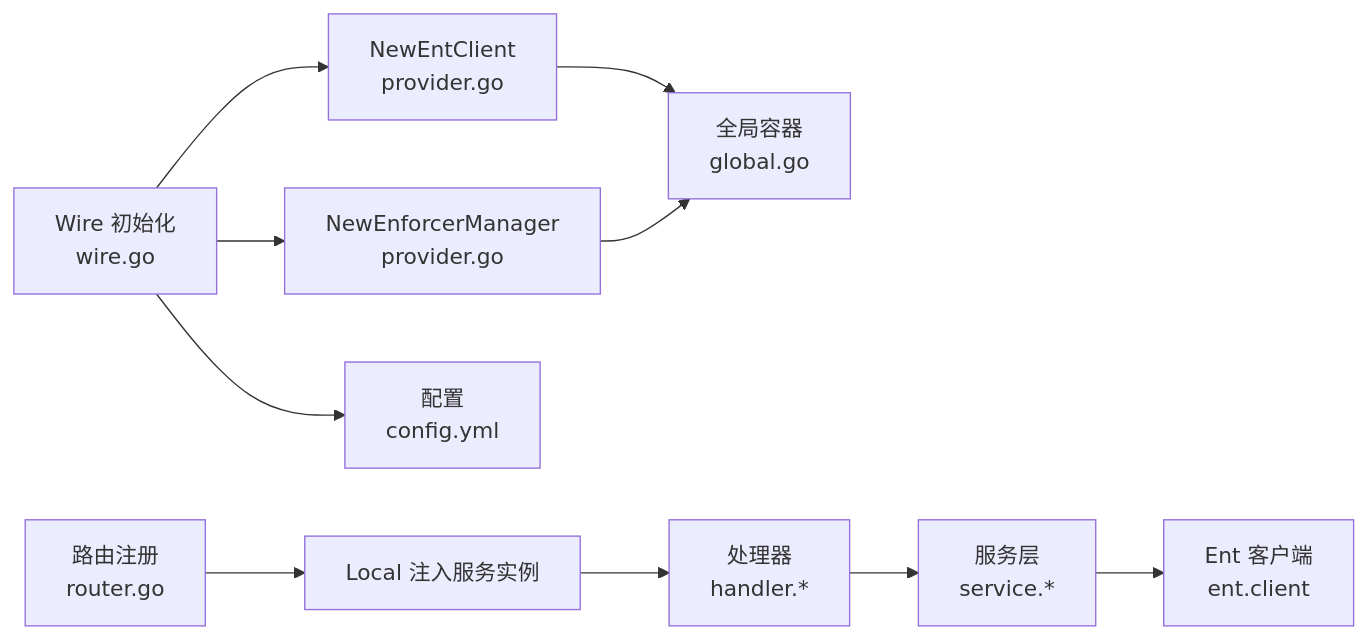
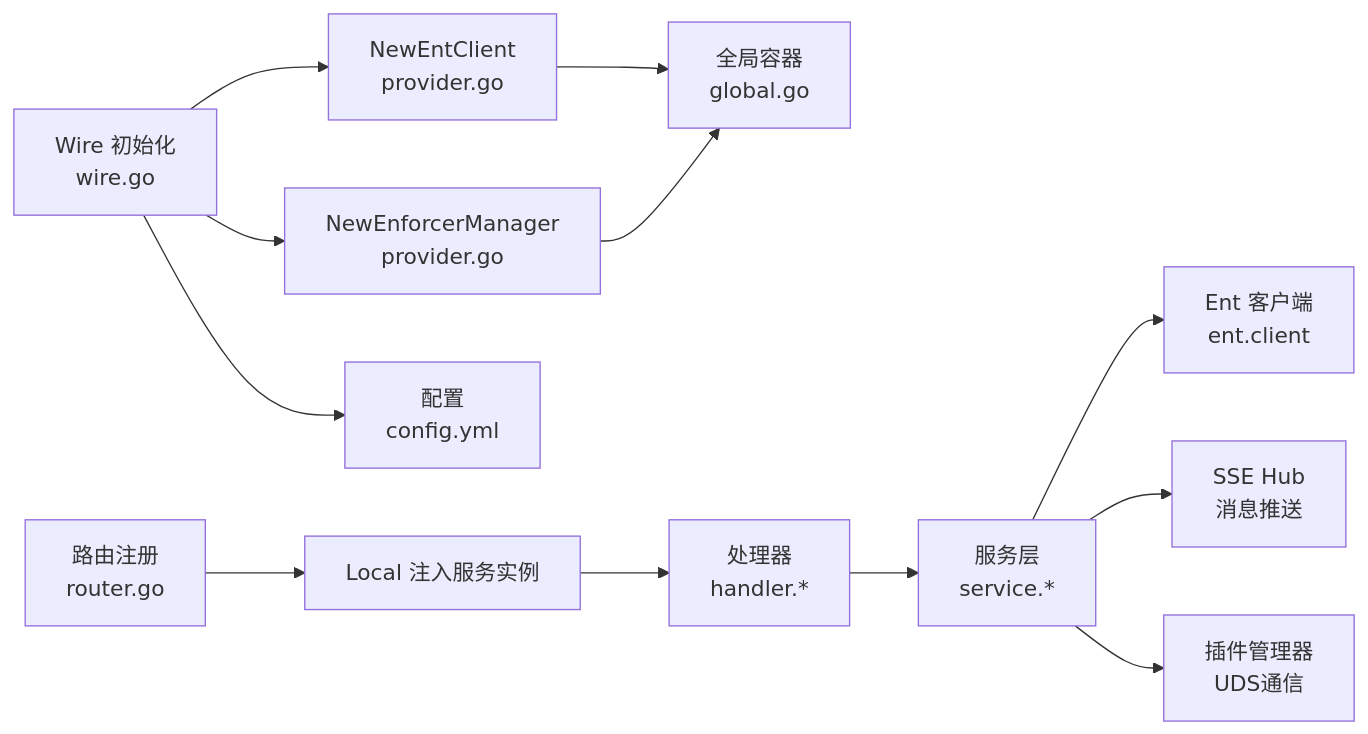
The seventh of 7 diagrams in .qoder/repowiki/zh/content/架构设计/整体架构模式.md (wuwuseo/e-sports-go-admin), drawn with Mermaid before and after one commit. The commit also changed other lines of this file and 42 other files, not shown here.

````diff
--- a/.qoder/repowiki/zh/content/架构设计/整体架构模式.md
+++ b/.qoder/repowiki/zh/content/架构设计/整体架构模式.md
@@ -352,12 +437,14 @@
 ```mermaid
 graph LR
 W["Wire 初始化<br/>wire.go"] --> P1["NewEntClient<br/>provider.go"]
 W --> P2["NewEnforcerManager<br/>provider.go"]
 W --> Cfg["配置<br/>config.yml"]
 P1 --> G["全局容器<br/>global.go"]
 P2 --> G
 R["路由注册<br/>router.go"] --> L["Local 注入服务实例"]
 L --> H["处理器<br/>handler.*"]
 H --> S["服务层<br/>service.*"]
 S --> E["Ent 客户端<br/>ent.client"]
+S --> Hub["SSE Hub<br/>消息推送"]
+S --> PM["插件管理器<br/>UDS通信"]
 ```
````
